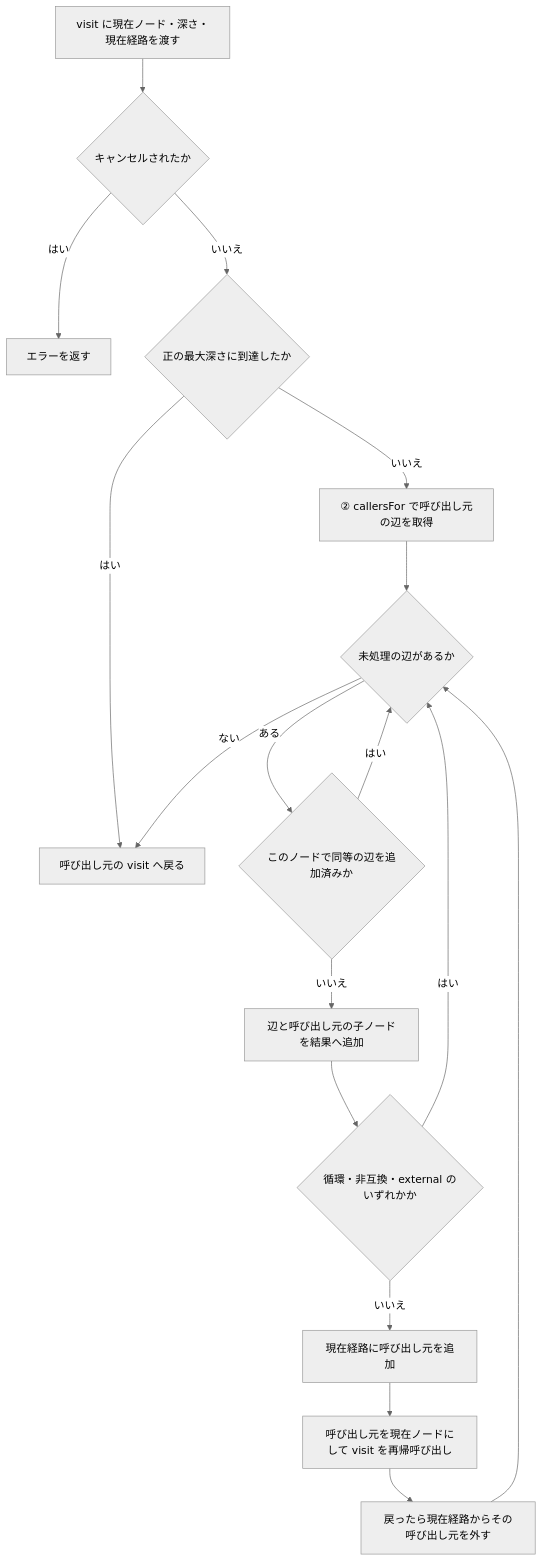
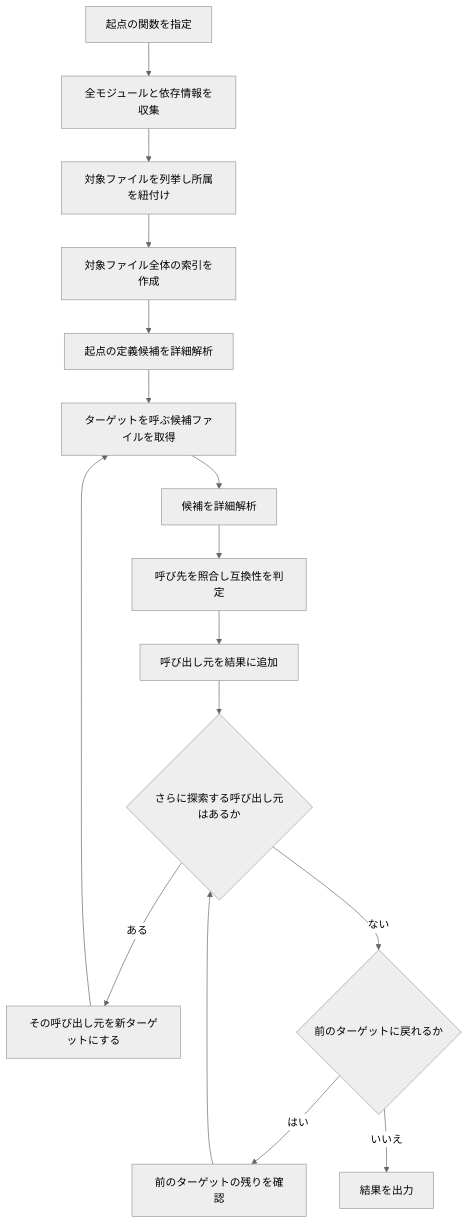
Before and after one commit to meian/rev-callgraph: the first of 3 diagrams in docs/how-it-works.md, drawn with Mermaid (neutral theme). The commit also changed other lines of this file and 2 other files, not shown here.

````diff
--- a/docs/how-it-works.md
+++ b/docs/how-it-works.md
@@ -49,19 +25,18 @@
 ```mermaid
 flowchart TD
-    Enter[visit に現在ノード・深さ・現在経路を渡す] --> Cancel{キャンセルされたか}
-    Cancel -->|はい| Error[エラーを返す]
-    Cancel -->|いいえ| Depth{正の最大深さに到達したか}
-    Depth -->|はい| Return[呼び出し元の visit へ戻る]
-    Depth -->|いいえ| Get[② callersFor で呼び出し元の辺を取得]
-    Get --> More{未処理の辺があるか}
-    More -->|ない| Return
-    More -->|ある| Duplicate{このノードで同等の辺を追加済みか}
-    Duplicate -->|はい| More
-    Duplicate -->|いいえ| Add[辺と呼び出し元の子ノードを結果へ追加]
-    Add --> Stop{循環・非互換・external のいずれかか}
-    Stop -->|はい| More
-    Stop -->|いいえ| Push[現在経路に呼び出し元を追加]
-    Push --> Recurse[呼び出し元を現在ノードにして visit を再帰呼び出し]
-    Recurse --> Pop[戻ったら現在経路からその呼び出し元を外す]
-    Pop --> More
+    Input[起点の関数を指定] --> Modules[全モジュールと依存情報を収集]
+    Modules --> Files[対象ファイルを列挙し所属を紐付け]
+    Files --> Index[対象ファイル全体の索引を作成]
+    Index --> Root[起点の定義候補を詳細解析]
+    Root --> Search[ターゲットを呼ぶ候補ファイルを取得]
+    Search --> Parse[候補を詳細解析]
+    Parse --> Match[呼び先を照合し互換性を判定]
+    Match --> Keep[呼び出し元を結果に追加]
+    Keep --> Next{さらに探索する呼び出し元はあるか}
+    Next -->|ある| Target[その呼び出し元を新ターゲットにする]
+    Target --> Search
+    Next -->|ない| Back{前のターゲットに戻れるか}
+    Back -->|はい| Resume[前のターゲットの残りを確認]
+    Resume --> Next
+    Back -->|いいえ| Output[結果を出力]
 ```
````
